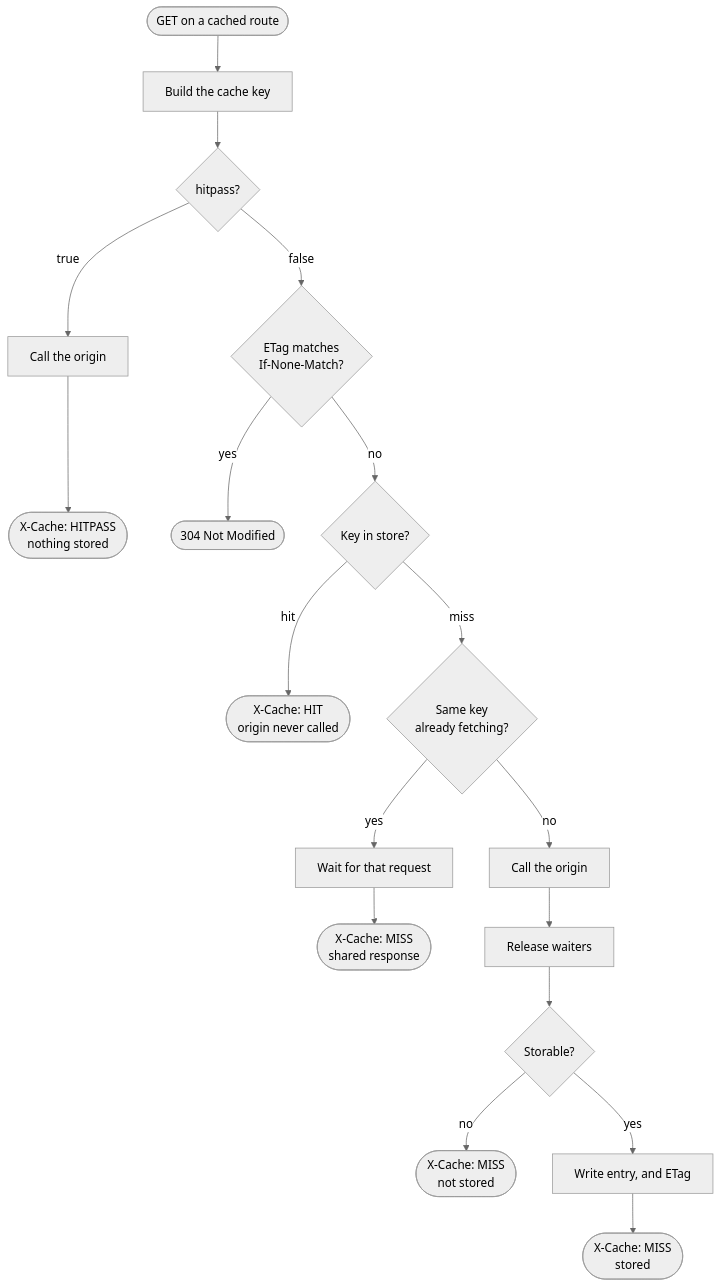
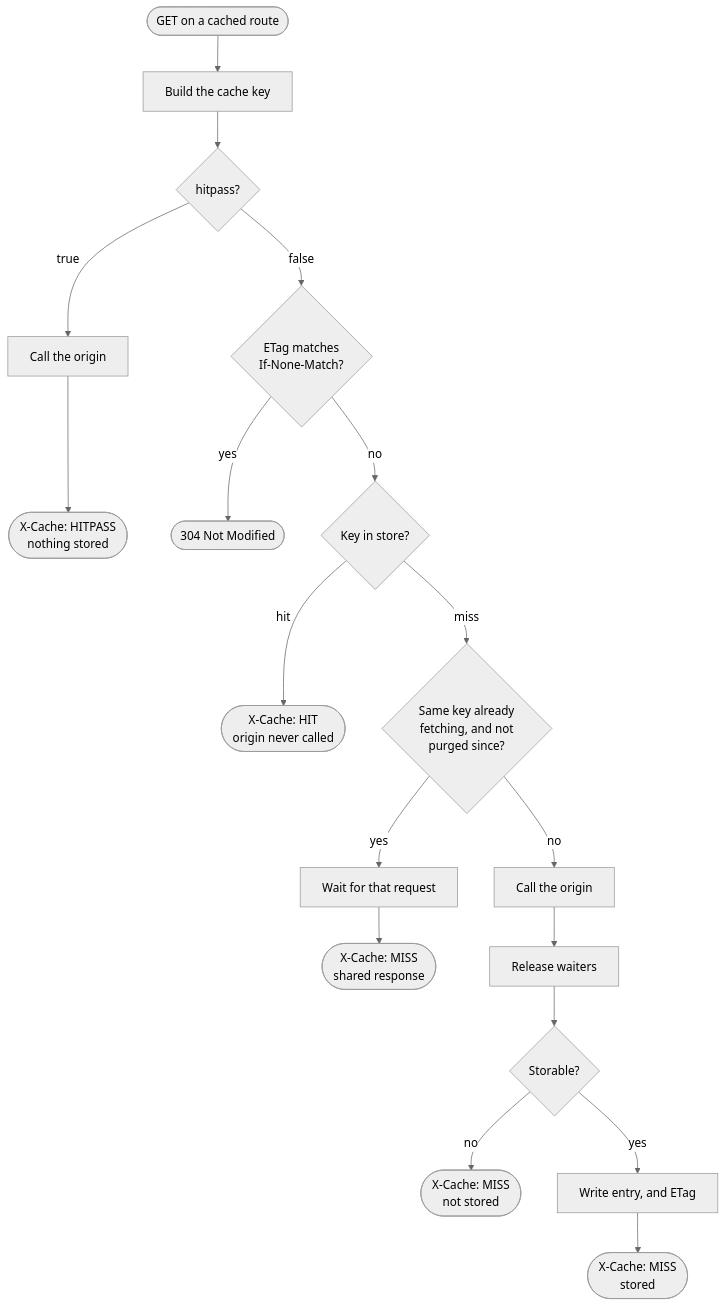
One commit to strapi-community/plugin-rest-cache changed the first of 3 diagrams in docs/guide/caching/index.md. Above: the diagram before and after it, drawn with Mermaid (neutral theme). The commit also changed other lines of this file and 4 other files, not shown here.

````diff
--- a/docs/guide/caching/index.md
+++ b/docs/guide/caching/index.md
@@ -48,24 +49,24 @@
 ```mermaid
 flowchart TD
     Req([GET on a cached route]) --> Key[Build the cache key]
     Key --> Hitpass{hitpass?}
     Hitpass -->|true| Origin2[Call the origin]
     Origin2 --> Pass([X-Cache: HITPASS<br/>nothing stored])
 
     Hitpass -->|false| Etag{ETag matches<br/>If-None-Match?}
     Etag -->|yes| NotModified([304 Not Modified])
     Etag -->|no| Lookup{Key in store?}
 
     Lookup -->|hit| Hit([X-Cache: HIT<br/>origin never called])
-    Lookup -->|miss| InFlight{Same key<br/>already fetching?}
+    Lookup -->|miss| InFlight{Same key already<br/>fetching, and not<br/>purged since?}
 
     InFlight -->|yes| Wait[Wait for that request]
     Wait --> Shared([X-Cache: MISS<br/>shared response])
 
     InFlight -->|no| Origin[Call the origin]
     Origin --> Publish[Release waiters]
     Publish --> Cacheable{Storable?}
     Cacheable -->|no| Skip([X-Cache: MISS<br/>not stored])
     Cacheable -->|yes| Store[Write entry, and ETag]
     Store --> Miss([X-Cache: MISS<br/>stored])
 ```
````
